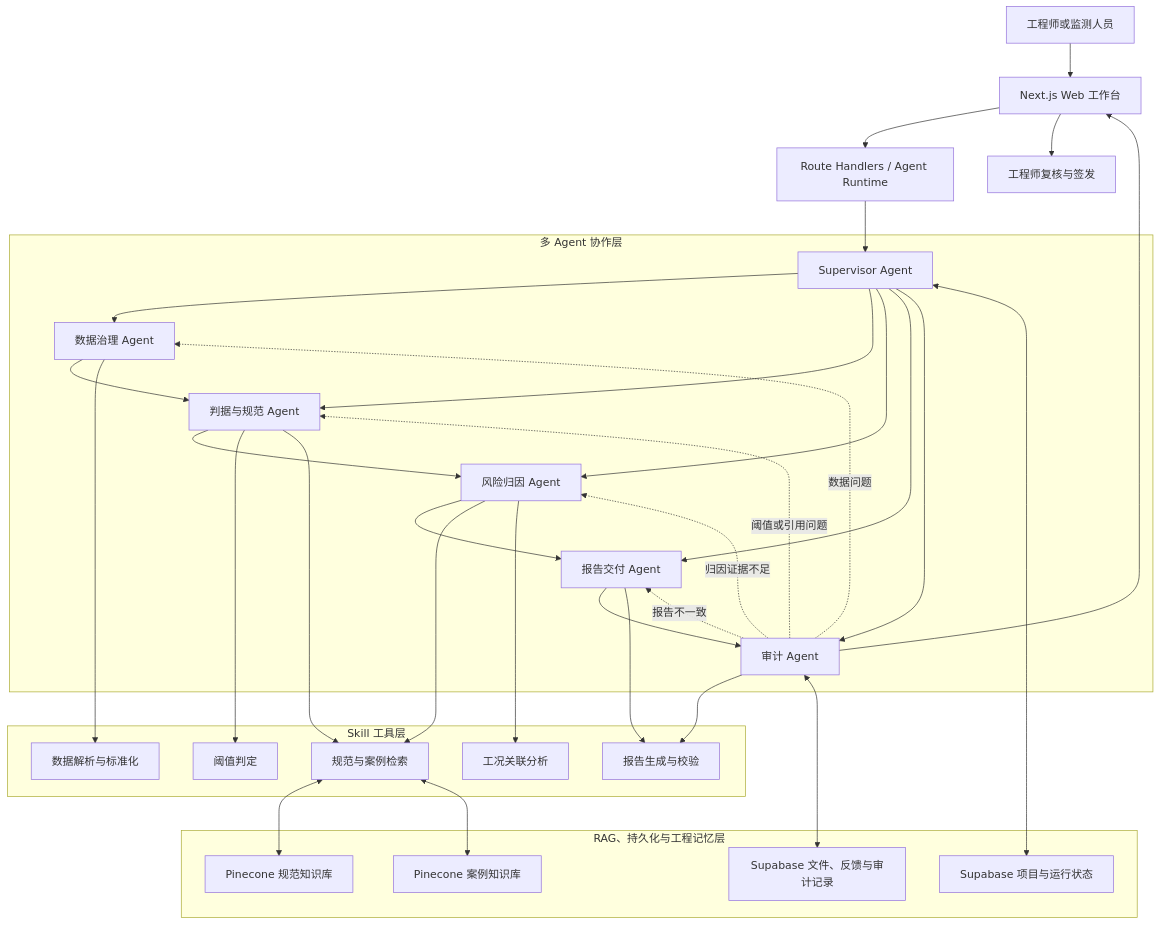
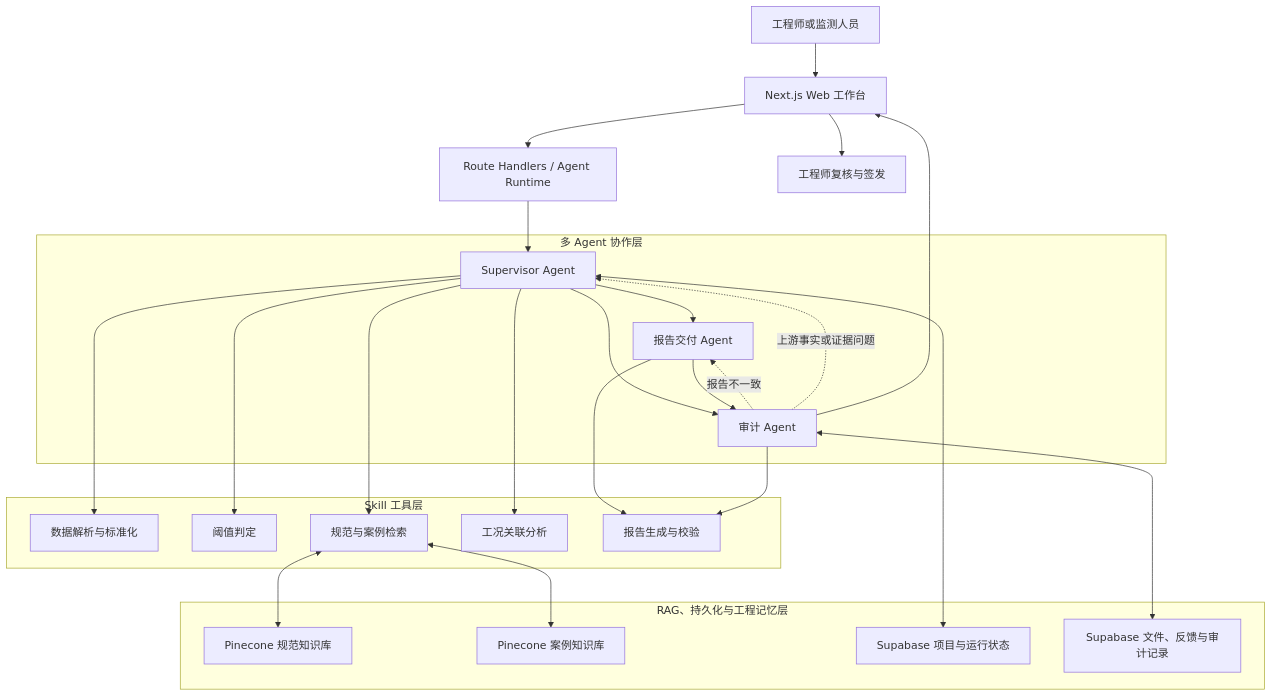
The first of 2 diagrams in 方案与迭代note/框架demo.md (abreeezol/ExcavaGuard), drawn with Mermaid before and after one commit. The commit also changed other lines of this file and 6 other files, not shown here.

````diff
--- a/方案与迭代note/框架demo.md
+++ b/方案与迭代note/框架demo.md
@@ -21,55 +25,46 @@
 ```mermaid
 flowchart TB
     U[工程师或监测人员] --> W[Next.js Web 工作台]
     W --> API[Route Handlers / Agent Runtime]
     API --> S[Supervisor Agent]
 
     subgraph A[多 Agent 协作层]
-        S --> D[数据治理 Agent]
-        S --> J[判据与规范 Agent]
-        S --> C[风险归因 Agent]
         S --> R[报告交付 Agent]
         S --> Q[审计 Agent]
 
-        D --> J
-        J --> C
-        C --> R
         R --> Q
 
-        Q -. 数据问题 .-> D
-        Q -. 阈值或引用问题 .-> J
-        Q -. 归因证据不足 .-> C
         Q -. 报告不一致 .-> R
+        Q -. 上游事实或证据问题 .-> S
     end
 
     subgraph K[Skill 工具层]
         K1[数据解析与标准化]
         K2[阈值判定]
         K3[规范与案例检索]
         K4[工况关联分析]
         K5[报告生成与校验]
     end
 
     subgraph M[RAG、持久化与工程记忆层]
         M1[Pinecone 规范知识库]
         M2[Pinecone 案例知识库]
         M3[Supabase 项目与运行状态]
         M4[Supabase 文件、反馈与审计记录]
     end
 
-    D --> K1
-    J --> K2
-    J --> K3
-    C --> K3
-    C --> K4
+    S --> K1
+    S --> K2
+    S --> K3
+    S --> K4
     R --> K5
     Q --> K5
 
     K3 <--> M1
     K3 <--> M2
     S <--> M3
     Q <--> M4
 
     Q --> W
     W --> H[工程师复核与签发]
 ```
````
